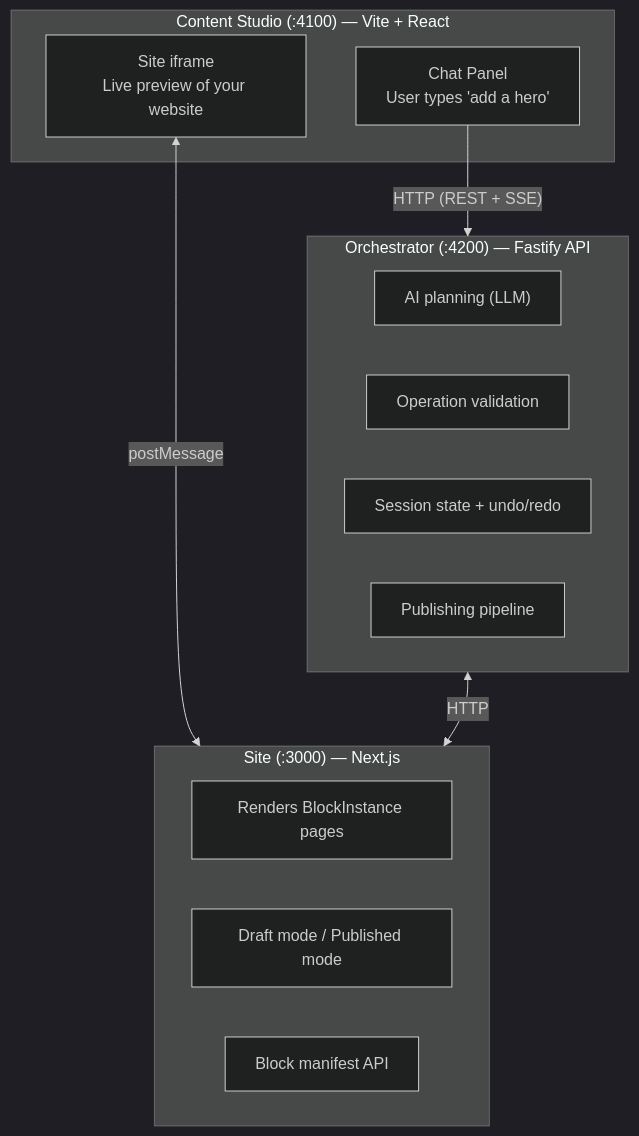
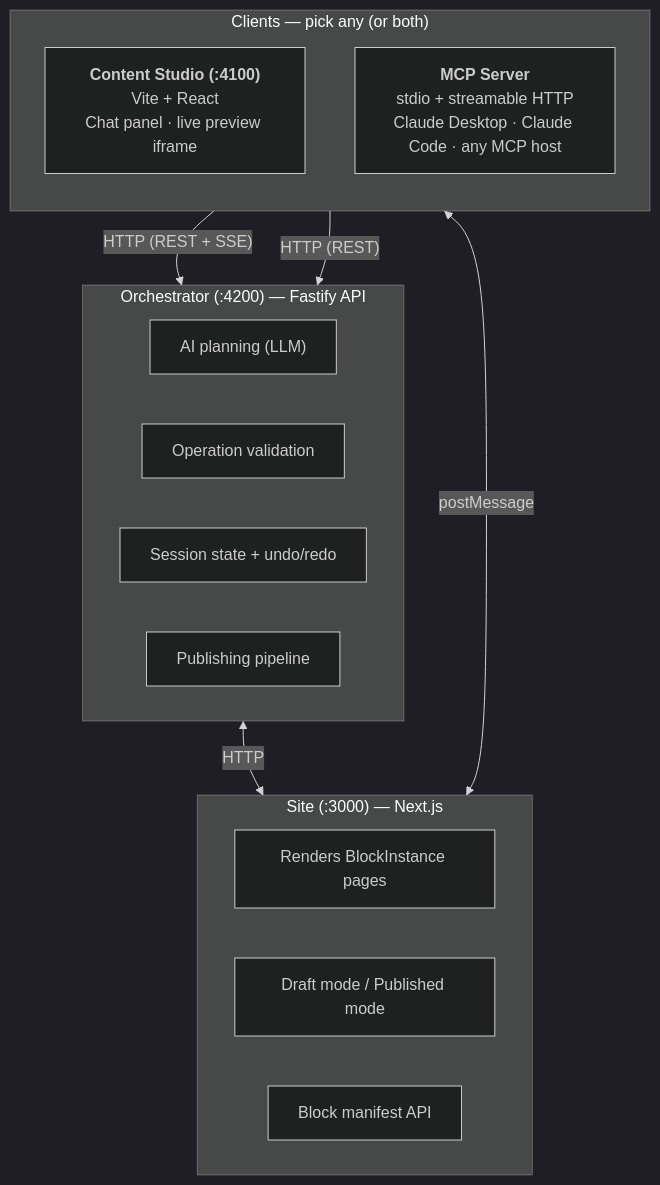
One commit to avocadostudio-ai/avocado changed the first of 2 diagrams in docs-site/architecture.mdx. Above: the diagram before and after it, drawn with Mermaid (dark theme). The commit also changed other lines of this file and 2 other files, not shown here.

Commit message:
docs: surface MCP server as a first-class entry point
- Promote integration/mcp-server out of "Advanced" into a dedicated
  "Connect from AI Assistants" group at the top of the Integration tab
- Add MCP card to the Start-Here grid on the docs landing page, plus
  a Key-capabilities bullet
- Add MCP as a parallel client in the architecture diagram, alongside
  the Content Studio, with prose explaining the two-front-door model

````diff
--- a/docs-site/architecture.mdx
+++ b/docs-site/architecture.mdx
@@ -10,24 +10,26 @@
 ```mermaid
 graph TD
-    subgraph Editor["Content Studio (:4100) — Vite + React"]
-        Chat["Chat Panel<br/>User types 'add a hero'"]
-        Preview["Site iframe<br/>Live preview of your website"]
+    subgraph Clients["Clients — pick any (or both)"]
+        direction TB
+        Editor["<b>Content Studio (:4100)</b><br/>Vite + React<br/>Chat panel · live preview iframe"]
+        MCP["<b>MCP Server</b><br/>stdio + streamable HTTP<br/>Claude Desktop · Claude Code · any MCP host"]
     end
 
     subgraph Orchestrator["Orchestrator (:4200) — Fastify API"]
         O1["AI planning (LLM)"]
         O2["Operation validation"]
         O3["Session state + undo/redo"]
         O4["Publishing pipeline"]
     end
 
     subgraph Site["Site (:3000) — Next.js"]
         S1["Renders BlockInstance pages"]
         S2["Draft mode / Published mode"]
         S3["Block manifest API"]
     end
 
-    Chat -->|"HTTP (REST + SSE)"| Orchestrator
-    Preview <-->|"postMessage"| Site
+    Editor -->|"HTTP (REST + SSE)"| Orchestrator
+    MCP -->|"HTTP (REST)"| Orchestrator
+    Editor <-->|"postMessage"| Site
     Orchestrator <-->|"HTTP"| Site
 ```
````
